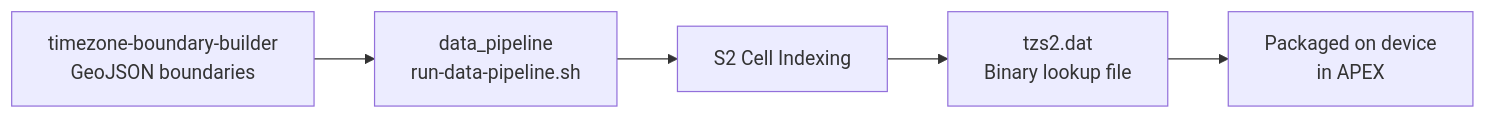
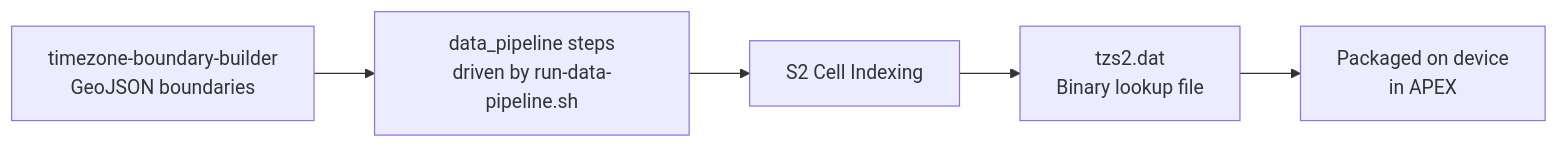
One commit to aospbooks/aosp-internal-book changed diagram 20 of 25 in 33-location.md. Above: the diagram before and after it, drawn with Mermaid. The commit also changed other lines of this file and 218 other files, not shown here.

````diff
--- a/33-location.md
+++ b/33-location.md
@@ -2335,7 +2372,7 @@
 ```mermaid
 graph LR
-    TZBB["timezone-boundary-builder<br>GeoJSON boundaries"] --> DP["data_pipeline<br>run-data-pipeline.sh"]
+    TZBB["timezone-boundary-builder<br>GeoJSON boundaries"] --> DP["data_pipeline steps<br>driven by run-data-pipeline.sh"]
     DP --> S2[S2 Cell Indexing]
     S2 --> TZS2["tzs2.dat<br>Binary lookup file"]
     TZS2 --> DEV["Packaged on device<br>in APEX"]
 ```
````
